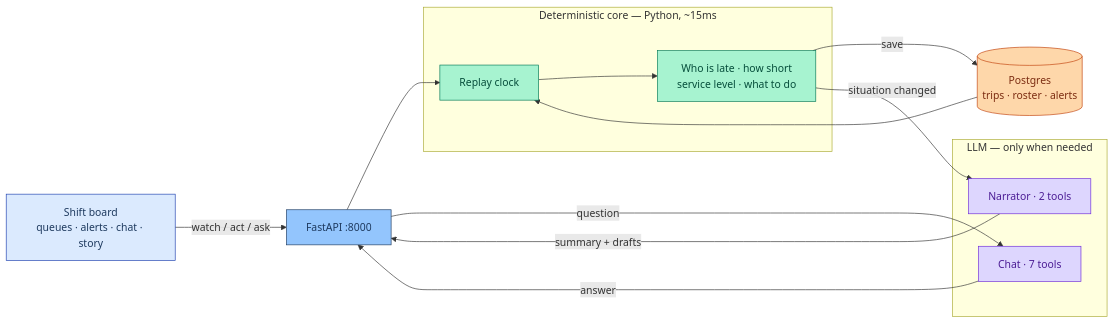
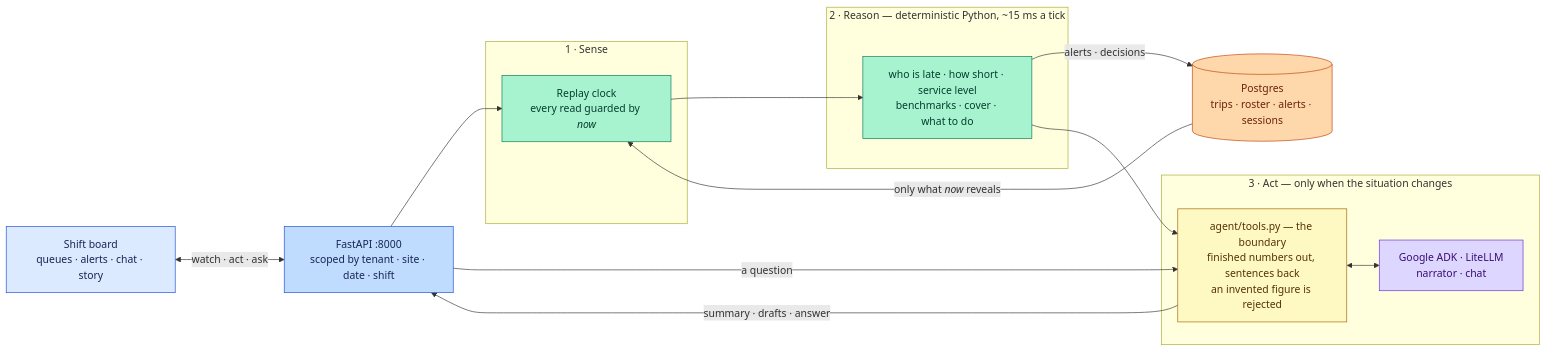
One commit to icvasu/bessemer changed the diagram in docs/architecture.mmd. Above: the diagram before and after it, drawn with Mermaid. The commit also changed 11 other files, not shown here.

First line of the commit message:
feat: stream agent chat over SSE and document ship + jury path

```diff
--- a/docs/architecture.mmd
+++ b/docs/architecture.mmd
@@ -1,31 +1,37 @@
+%% The overview, small enough to read at a glance and to render inline on GitHub.
+%% The detailed diagram for a slide is architecture.svg / architecture.png.
 flowchart LR
-  classDef ui fill:#dbeafe,stroke:#1e40af,color:#1e3a5f
-  classDef api fill:#93c5fd,stroke:#1e3a5f,color:#1e3a5f
-  classDef det fill:#a7f3d0,stroke:#047857,color:#064e3b
-  classDef llm fill:#ddd6fe,stroke:#6d28d9,color:#4c1d95
-  classDef data fill:#fed7aa,stroke:#c2410c,color:#7c2d12
+  classDef ui fill:#dbeafe,stroke:#1d4ed8,color:#172554
+  classDef api fill:#bfdbfe,stroke:#1d4ed8,color:#172554
+  classDef det fill:#a7f3d0,stroke:#047857,color:#053e2e
+  classDef grd fill:#fef9c3,stroke:#a16207,color:#553206
+  classDef llm fill:#ddd6fe,stroke:#6d28d9,color:#3b0d76
+  classDef dat fill:#fed7aa,stroke:#c2410c,color:#6b2410
 
   UI["Shift board<br/>queues · alerts · chat · story"]:::ui
-  API["FastAPI :8000"]:::api
+  API["FastAPI :8000<br/>scoped by tenant · site · date · shift"]:::api
 
-  subgraph DET["Deterministic core — Python, ~15ms"]
-    CLK["Replay clock"]:::det
-    MATH["Who is late · how short<br/>service level · what to do"]:::det
+  subgraph SENSE["1 · Sense"]
+    CLK["Replay clock<br/>every read guarded by <i>now</i>"]:::det
   end
 
-  subgraph LLM["LLM — only when needed"]
-    NAR["Narrator · 2 tools"]:::llm
-    AST["Chat · 7 tools"]:::llm
+  subgraph REASON["2 · Reason — deterministic Python, ~15 ms a tick"]
+    MATH["who is late · how short · service level<br/>benchmarks · cover · what to do"]:::det
   end
 
-  PG[("Postgres<br/>trips · roster · alerts")]:::data
+  subgraph ACT["3 · Act — only when the situation changes"]
+    BOUND["agent/tools.py — the boundary<br/>finished numbers out, sentences back<br/>an invented figure is rejected"]:::grd
+    LLM["Google ADK · LiteLLM<br/>narrator · chat"]:::llm
+  end
 
-  UI -->|watch / act / ask| API
+  PG[("Postgres<br/>trips · roster · alerts · sessions")]:::dat
+
+  UI <-->|"watch · act · ask"| API
   API --> CLK
+  PG -->|"only what <i>now</i> reveals"| CLK
   CLK --> MATH
-  PG --> CLK
-  MATH -->|save| PG
-  MATH -->|situation changed| NAR
-  API -->|question| AST
-  NAR -->|summary + drafts| API
-  AST -->|answer| API
+  MATH -->|"alerts · decisions"| PG
+  MATH --> BOUND
+  BOUND <--> LLM
+  API -->|"a question"| BOUND
+  BOUND -->|"summary · drafts · answer"| API
```
